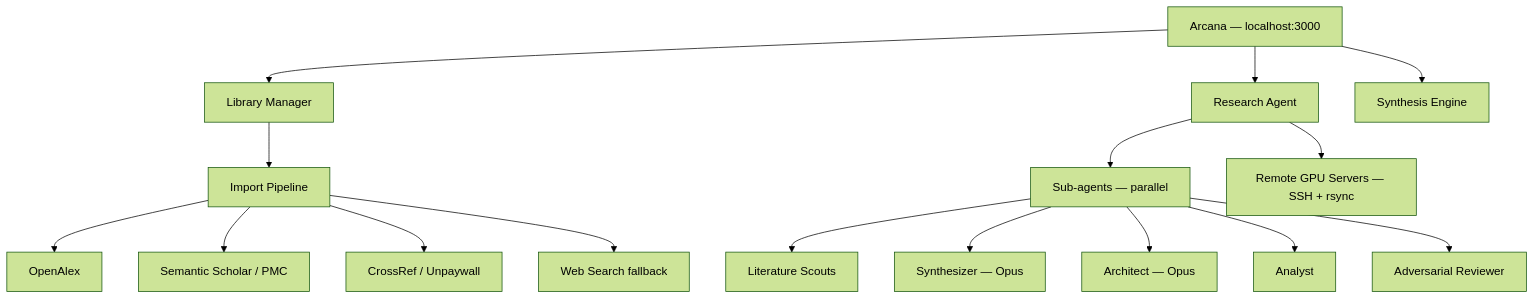
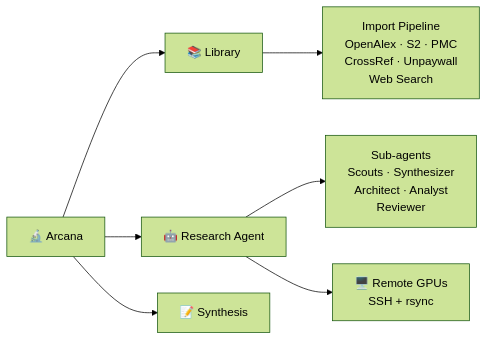
One commit to dimalik/arcana changed the diagram in README.md. Above: the diagram before and after it, drawn with Mermaid (forest theme). The commit also changed 1 other file, not shown here.

Commit message:
Fix Mermaid diagram size, fix CI missing DATABASE_URL
Simplify Mermaid graph to LR layout with fewer, grouped nodes so it
renders at a readable size. Set DATABASE_URL env var at workflow level
so prisma generate works in CI.

````diff
--- a/README.md
+++ b/README.md
@@ -45,21 +45,19 @@
 ```mermaid
-graph TD
-    A[Arcana — localhost:3000] --> B[Library Manager]
-    A --> C[Research Agent]
-    A --> D[Synthesis Engine]
+graph LR
+    A["🔬 Arcana"] --> B["📚 Library"]
+    A --> C["🤖 Research Agent"]
+    A --> D["📝 Synthesis"]
 
-    B --> E[Import Pipeline]
-    E --> E1[OpenAlex]
-    E --> E2[Semantic Scholar / PMC]
-    E --> E3[CrossRef / Unpaywall]
-    E --> E4[Web Search fallback]
+    B --> E["Import Pipeline
+    OpenAlex · S2 · PMC
+    CrossRef · Unpaywall
+    Web Search"]
 
-    C --> F[Sub-agents — parallel]
-    F --> F1[Literature Scouts]
-    F --> F2[Synthesizer — Opus]
-    F --> F3[Architect — Opus]
-    F --> F4[Analyst]
-    F --> F5[Adversarial Reviewer]
+    C --> F["Sub-agents
+    Scouts · Synthesizer
+    Architect · Analyst
+    Reviewer"]
 
-    C --> G[Remote GPU Servers — SSH + rsync]
+    C --> G["🖥️ Remote GPUs
+    SSH + rsync"]
 ```
````
